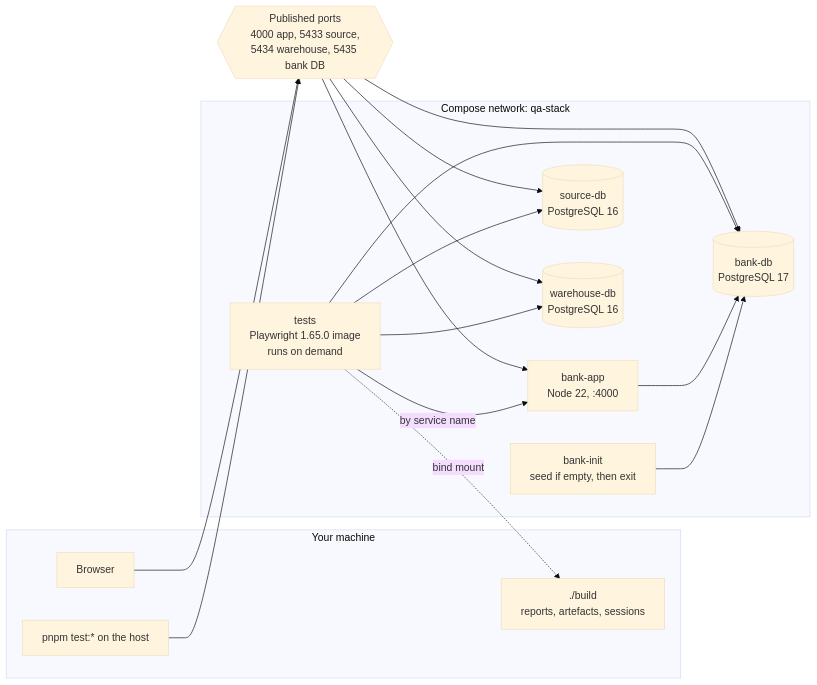
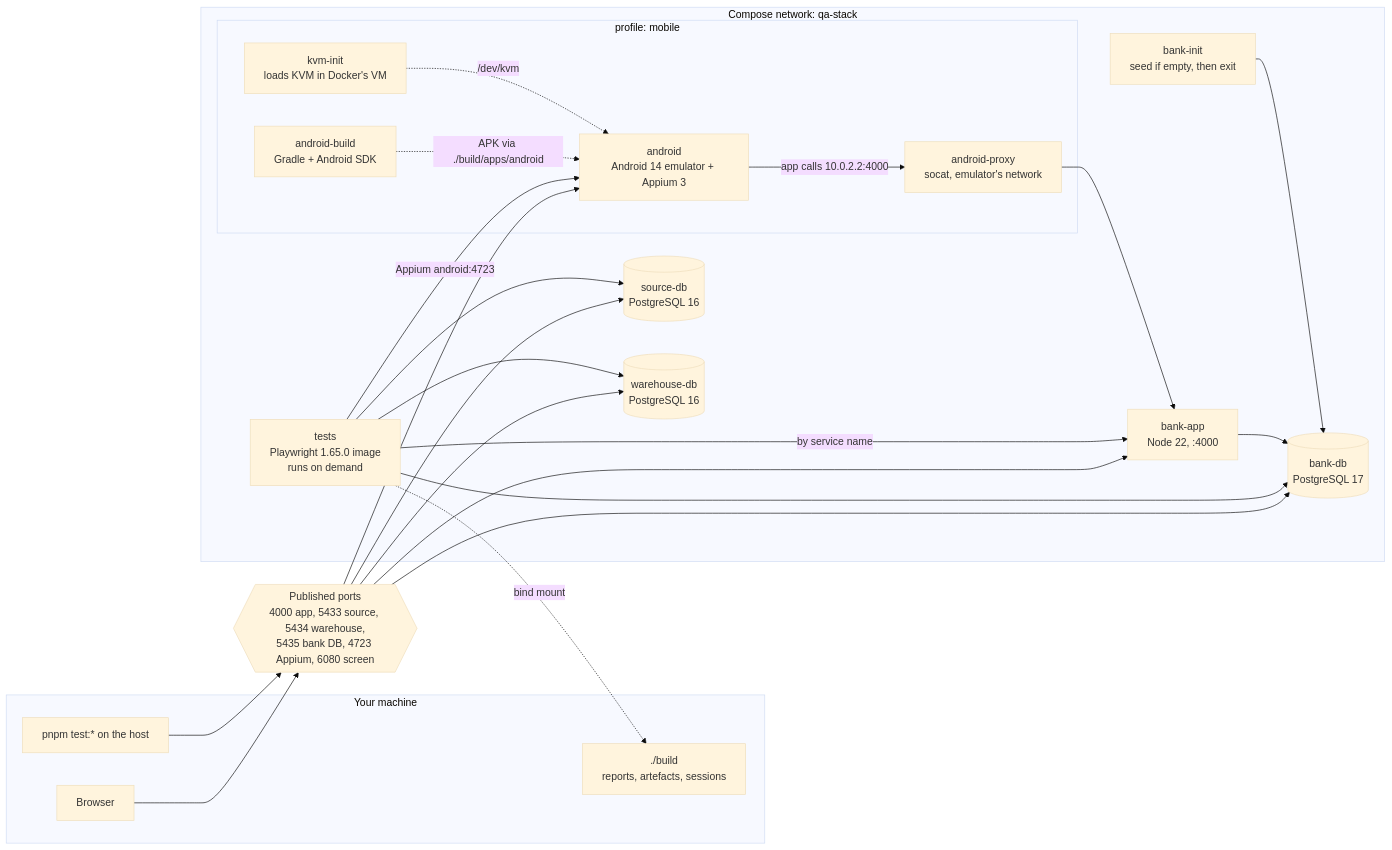
Before and after one commit to robindraec09/unified-automation-framework: the sixth of 14 diagrams in docs/ARCHITECTURE.md, drawn with Mermaid (base theme). The commit also changed other lines of this file and 42 other files, not shown here.

````diff
--- a/docs/ARCHITECTURE.md
+++ b/docs/ARCHITECTURE.md
@@ -173,27 +177,37 @@
 ```mermaid
 flowchart LR
   subgraph host["Your machine"]
     browser["Browser"]
     hostrun["pnpm test:* on the host"]
     buildDir["./build<br/>reports, artefacts, sessions"]
   end
 
-  ports{{"Published ports<br/>4000 app, 5433 source,<br/>5434 warehouse, 5435 bank DB"}}
+  ports{{"Published ports<br/>4000 app, 5433 source, 5434 warehouse,<br/>5435 bank DB, 4723 Appium, 6080 screen"}}
 
   subgraph net["Compose network: qa-stack"]
     tests["tests<br/>Playwright 1.65.0 image<br/>runs on demand"]
     bankapp["bank-app<br/>Node 22, :4000"]
     bankinit["bank-init<br/>seed if empty, then exit"]
     bankdb[("bank-db<br/>PostgreSQL 17")]
     src[("source-db<br/>PostgreSQL 16")]
     wh[("warehouse-db<br/>PostgreSQL 16")]
+    subgraph mob["profile: mobile"]
+      abuild["android-build<br/>Gradle + Android SDK"]
+      kvm["kvm-init<br/>loads KVM in Docker's VM"]
+      emu["android<br/>Android 14 emulator + Appium 3"]
+      proxy["android-proxy<br/>socat, emulator's network"]
+    end
   end
 
   browser & hostrun --> ports
-  ports --> bankapp & bankdb & src & wh
+  ports --> bankapp & bankdb & src & wh & emu
   tests -->|"by service name"| bankapp
   tests --> bankdb & src & wh
   bankapp --> bankdb
   bankinit --> bankdb
   tests -.->|"bind mount"| buildDir
+  tests -->|"Appium android:4723"| emu
+  abuild -.->|"APK via ./build/apps/android"| emu
+  kvm -.->|"/dev/kvm"| emu
+  emu -->|"app calls 10.0.2.2:4000"| proxy --> bankapp
 ```
````
